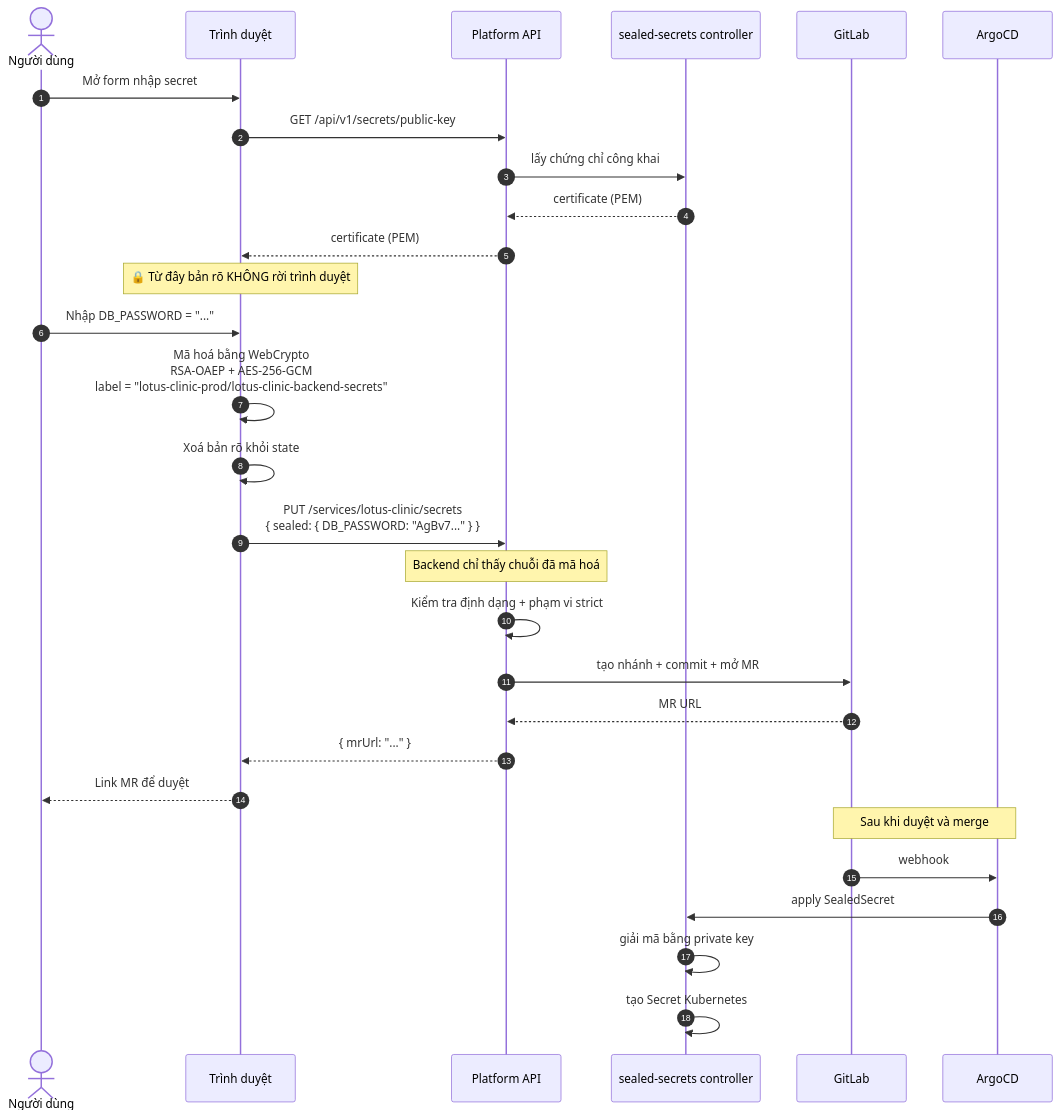
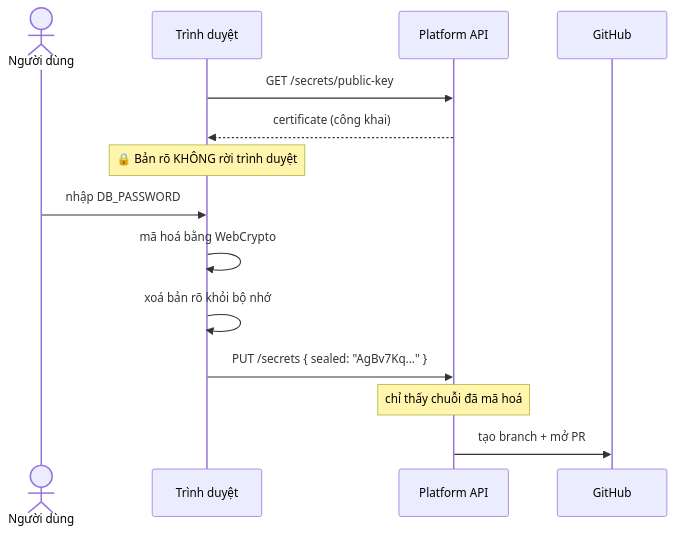
Before and after one commit to hunho247/HNQ-Infra: the second of 2 diagrams in docs/SECRET_MANAGEMENT.md, drawn with Mermaid. The commit also changed other lines of this file and 3 other files, not shown here.

````diff
--- a/docs/SECRET_MANAGEMENT.md
+++ b/docs/SECRET_MANAGEMENT.md
@@ -161,36 +247,19 @@
 ```mermaid
 sequenceDiagram
-  autonumber
   actor U as Người dùng
   participant B as Trình duyệt
   participant API as Platform API
-  participant SSC as sealed-secrets controller
-  participant G as GitLab
-  participant A as ArgoCD
+  participant GH as GitHub
 
-  U->>B: Mở form nhập secret
-  B->>API: GET /api/v1/secrets/public-key
-  API->>SSC: lấy chứng chỉ công khai
-  SSC-->>API: certificate (PEM)
-  API-->>B: certificate (PEM)
+  B->>API: GET /secrets/public-key
+  API-->>B: certificate (công khai)
 
-  Note over B: 🔒 Từ đây bản rõ KHÔNG rời trình duyệt
-  U->>B: Nhập DB_PASSWORD = "..."
-  B->>B: Mã hoá bằng WebCrypto<br/>RSA-OAEP + AES-256-GCM<br/>label = "lotus-clinic-prod/lotus-clinic-backend-secrets"
-  B->>B: Xoá bản rõ khỏi state
+  Note over B: 🔒 Bản rõ KHÔNG rời trình duyệt
+  U->>B: nhập DB_PASSWORD
+  B->>B: mã hoá bằng WebCrypto
+  B->>B: xoá bản rõ khỏi bộ nhớ
 
-  B->>API: PUT /services/lotus-clinic/secrets<br/>{ sealed: { DB_PASSWORD: "AgBv7..." } }
-  Note over API: Backend chỉ thấy chuỗi đã mã hoá
-
-  API->>API: Kiểm tra định dạng + phạm vi strict
-  API->>G: tạo nhánh + commit + mở MR
-  G-->>API: MR URL
-  API-->>B: { mrUrl: "..." }
-  B-->>U: Link MR để duyệt
-
-  Note over G,A: Sau khi duyệt và merge
-  G->>A: webhook
-  A->>SSC: apply SealedSecret
-  SSC->>SSC: giải mã bằng private key
-  SSC->>SSC: tạo Secret Kubernetes
+  B->>API: PUT /secrets { sealed: "AgBv7Kq..." }
+  Note over API: chỉ thấy chuỗi đã mã hoá
+  API->>GH: tạo branch + mở PR
 ```
````
